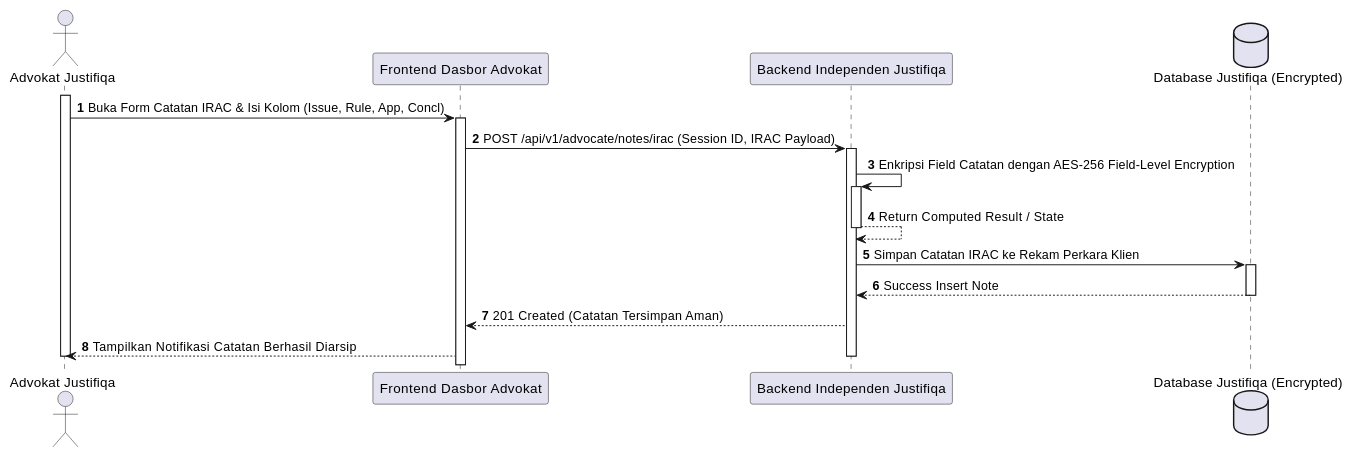
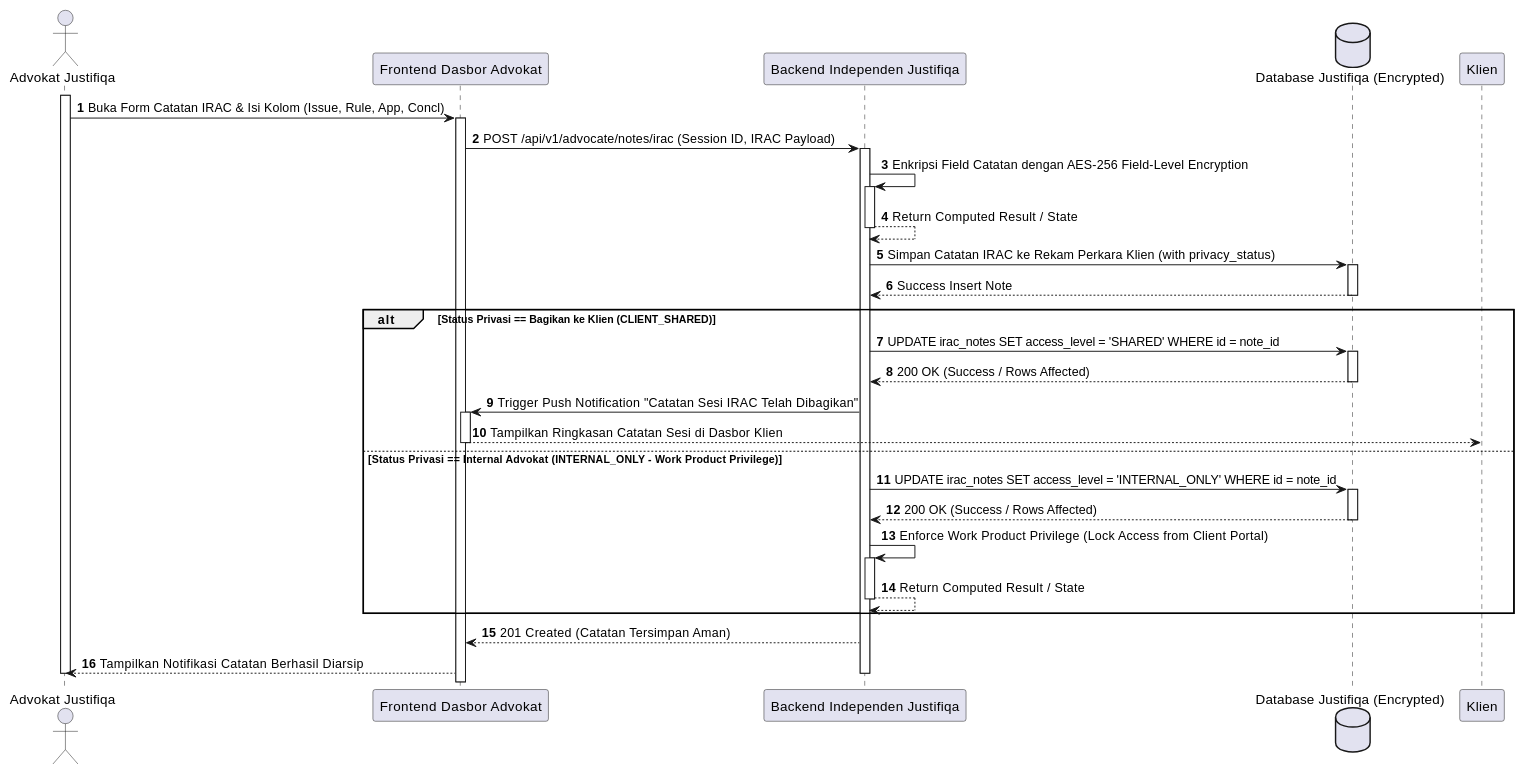
The eighth of 27 diagrams in MarkDown/plantuml_sequence_diagrams.md (tupperwureism/SuperApp-Gagal), drawn with PlantUML before and after one commit. The commit also changed other lines of this file, not shown here.

Commit message:
fix(uml): ensure 100% loop and alt enclosure parity across all 11 sequence diagrams

````diff
--- a/MarkDown/plantuml_sequence_diagrams.md
+++ b/MarkDown/plantuml_sequence_diagrams.md
@@ -431,21 +470,35 @@
 ```plantuml
 @startuml
 autonumber
 actor "Advokat Justifiqa" as Mitra
 participant "Frontend Dasbor Advokat" as FE
 participant "Backend Independen Justifiqa" as BE
 database "Database Justifiqa (Encrypted)" as DB
 
 activate Mitra
 Mitra -> FE ++ : Buka Form Catatan IRAC & Isi Kolom (Issue, Rule, App, Concl)
 FE -> BE ++ : POST /api/v1/advocate/notes/irac (Session ID, IRAC Payload)
 BE -> BE ++ : Enkripsi Field Catatan dengan AES-256 Field-Level Encryption
 BE --> BE -- : Return Computed Result / State
-BE -> DB ++ : Simpan Catatan IRAC ke Rekam Perkara Klien
+BE -> DB ++ : Simpan Catatan IRAC ke Rekam Perkara Klien (with privacy_status)
 DB --> BE -- : Success Insert Note
+
+alt Status Privasi == Bagikan ke Klien (CLIENT_SHARED)
+    BE -> DB ++ : UPDATE irac_notes SET access_level = 'SHARED' WHERE id = note_id
+    DB --> BE -- : 200 OK (Success / Rows Affected)
+    BE -> FE ++ : Trigger Push Notification "Catatan Sesi IRAC Telah Dibagikan"
+    FE --> Klien : Tampilkan Ringkasan Catatan Sesi di Dasbor Klien
+    deactivate FE
+else Status Privasi == Internal Advokat (INTERNAL_ONLY - Work Product Privilege)
+    BE -> DB ++ : UPDATE irac_notes SET access_level = 'INTERNAL_ONLY' WHERE id = note_id
+    DB --> BE -- : 200 OK (Success / Rows Affected)
+    BE -> BE ++ : Enforce Work Product Privilege (Lock Access from Client Portal)
+    BE --> BE -- : Return Computed Result / State
+end
+
 BE --> FE : 201 Created (Catatan Tersimpan Aman)
 FE --> Mitra : Tampilkan Notifikasi Catatan Berhasil Diarsip
 deactivate BE
 deactivate Mitra
 @enduml
 ```
````
